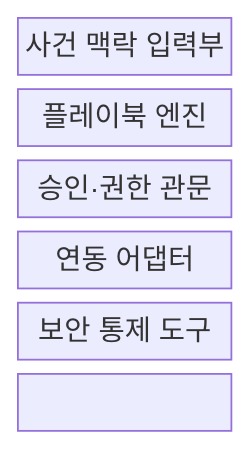
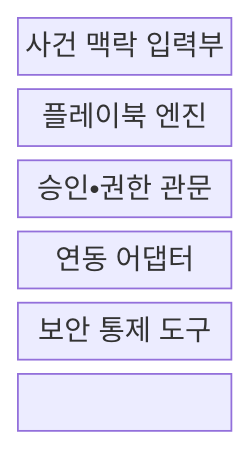
Before and after one commit to agnusdei1207/knowledge-base: the first of 2 diagrams in src/content/docs/notes/04-network/094_soar.md, drawn with Mermaid. The commit also changed other lines of this file and 953 other files, not shown here.

````diff
--- a/src/content/docs/notes/04-network/094_soar.md
+++ b/src/content/docs/notes/04-network/094_soar.md
@@ -65,11 +65,11 @@
 ```mermaid
 block-beta
     columns 1
     CONTEXT["사건 맥락 입력부"]
     PLAYBOOK["플레이북 엔진"]
-    APPROVAL["승인·권한 관문"]
+    APPROVAL["승인•권한 관문"]
     ADAPTER["연동 어댑터"]
     TOOL["보안 통제 도구"]
     CONTEXT --> PLAYBOOK --> APPROVAL
     APPROVAL --> ADAPTER --> TOOL
 ```
````
